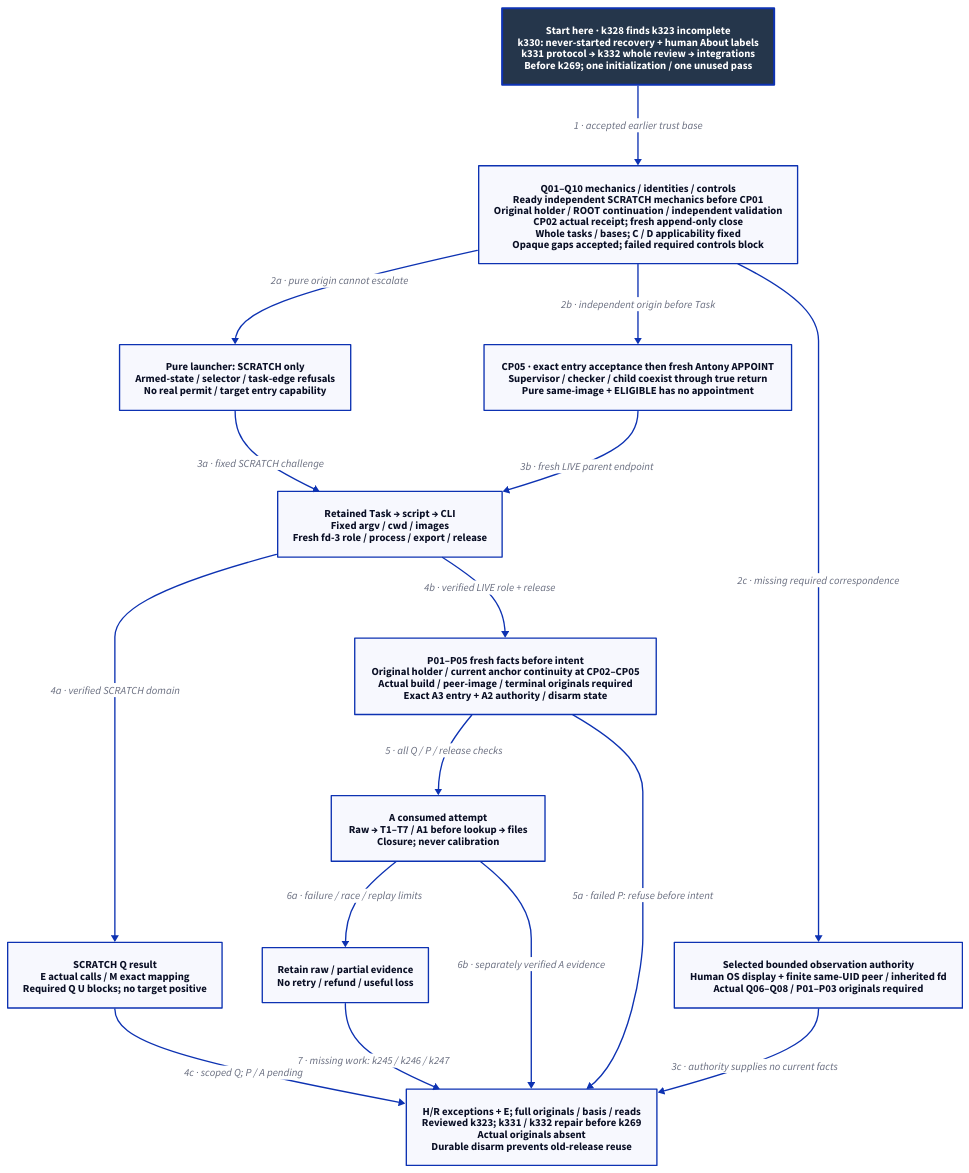
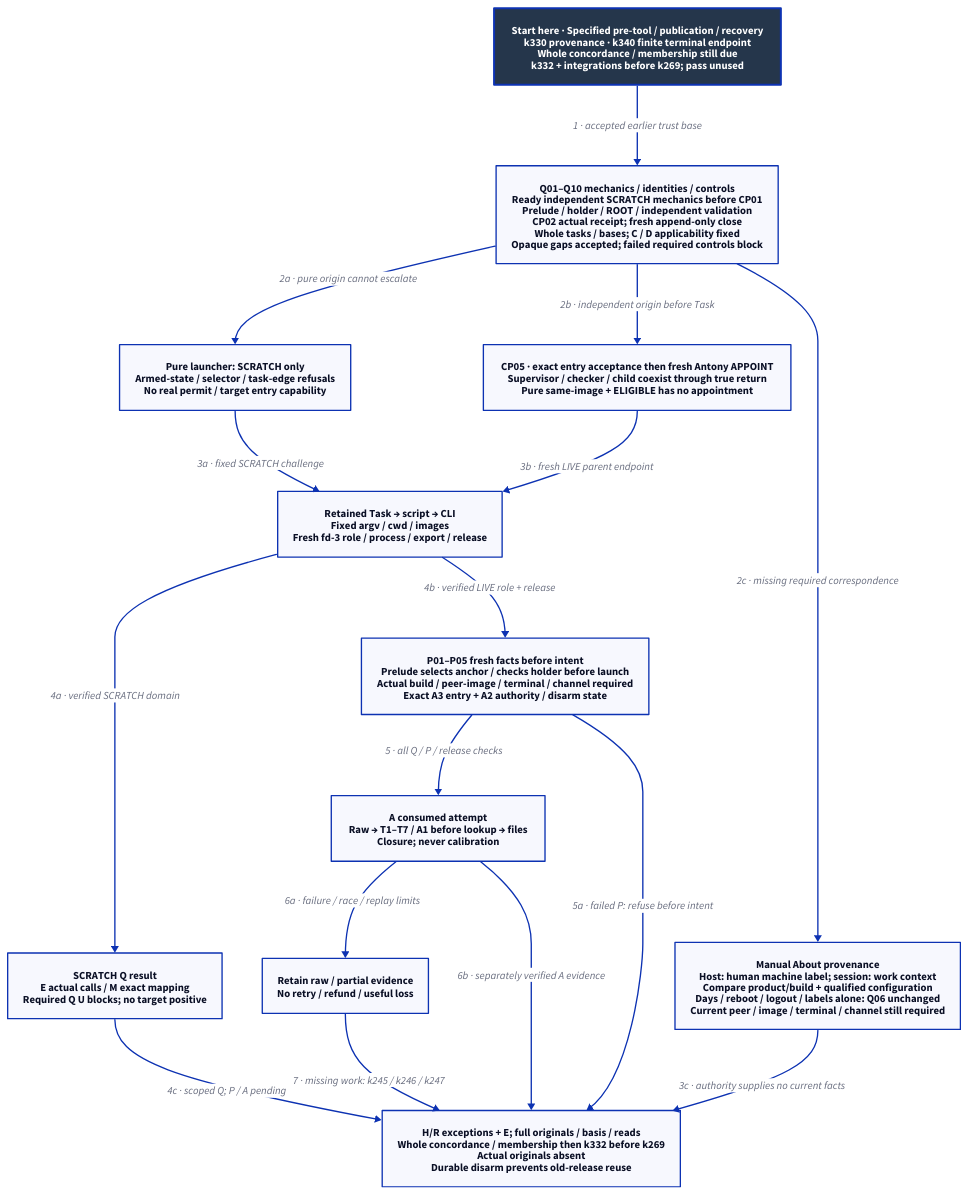
The diagram in docs/design/architecture/native-reference-packaging.d2 (Linkuistics/Koine), drawn with D2 before and after one commit. The commit also changed 34 other files, not shown here.

Commit message:
Reconcile reference provenance and current views (reference-evidence-provenance-reconciliation-k342)

```diff
--- a/docs/design/architecture/native-reference-packaging.d2
+++ b/docs/design/architecture/native-reference-packaging.d2
@@ -1,31 +1,31 @@
-# Reviewed k323 proposal; k330/k331/k332 replacement and integrations precede k269.
+# Specified k331 mechanisms; whole concordance/membership and k332 review precede use.
 direction: down
 classes: {
   start: {style: {fill: "#25364B"; font-color: "#FFFFFF"; bold: true; stroke-width: 3}}
 }
-Start: "Start here · k328 finds k323 incomplete\nk330: never-started recovery + human About labels\nk331 protocol → k332 whole review → integrations\nBefore k269; one initialization / one unused pass" {class: start}
-Ready: "Q01–Q10 mechanics / identities / controls\nReady independent SCRATCH mechanics before CP01\nOriginal holder / ROOT continuation / independent validation\nCP02 actual receipt; fresh append-only close\nWhole tasks / bases; C / D applicability fixed\nOpaque gaps accepted; failed required controls block"
+Start: "Start here · Specified pre-tool / publication / recovery\nk330 provenance · k340 finite terminal endpoint\nWhole concordance / membership still due\nk332 + integrations before k269; pass unused" {class: start}
+Ready: "Q01–Q10 mechanics / identities / controls\nReady independent SCRATCH mechanics before CP01\nPrelude / holder / ROOT / independent validation\nCP02 actual receipt; fresh append-only close\nWhole tasks / bases; C / D applicability fixed\nOpaque gaps accepted; failed required controls block"
 Task: "Retained Task → script → CLI\nFixed argv / cwd / images\nFresh fd-3 role / process / export / release"
 Scratch: "Pure launcher: SCRATCH only\nArmed-state / selector / task-edge refusals\nNo real permit / target entry capability"
 Live: "CP05 · exact entry acceptance then fresh Antony APPOINT\nSupervisor / checker / child coexist through true return\nPure same-image + ELIGIBLE has no appointment"
 Proof: "SCRATCH Q result\nE actual calls / M exact mapping\nRequired Q U blocks; no target positive"
-Preflight: "P01–P05 fresh facts before intent\nOriginal holder / current anchor continuity at CP02–CP05\nActual build / peer-image / terminal originals required\nExact A3 entry + A2 authority / disarm state"
+Preflight: "P01–P05 fresh facts before intent\nPrelude selects anchor / checks holder before launch\nActual build / peer-image / terminal / channel required\nExact A3 entry + A2 authority / disarm state"
 Attempt: "A consumed attempt\nRaw → T1–T7 / A1 before lookup → files\nClosure; never calibration"
 Failure: "Retain raw / partial evidence\nNo retry / refund / useful loss"
-Route: "Selected bounded observation authority\nHuman OS display + finite same-UID peer / inherited fd\nActual Q06–Q08 / P01–P03 originals required"
-Final: "H/R exceptions + E; full originals / basis / reads\nReviewed k323; k331 / k332 repair before k269\nActual originals absent\nDurable disarm prevents old-release reuse"
+Route: "Manual About provenance\nHost: human machine label; session: work context\nCompare product/build + qualified configuration\nDays / reboot / logout / labels alone: Q06 unchanged\nCurrent peer / image / terminal / channel still required"
+Final: "H/R exceptions + E; full originals / basis / reads\nWhole concordance / membership then k332 before k269\nActual originals absent\nDurable disarm prevents old-release reuse"
 Start -> Ready: "1 · accepted earlier trust base"
 Ready -> Scratch: "2a · pure origin cannot escalate"
 Ready -> Live: "2b · independent origin before Task"
 Scratch -> Task: "3a · fixed SCRATCH challenge"
 Live -> Task: "3b · fresh LIVE parent endpoint"
 Task -> Proof: "4a · verified SCRATCH domain"
 Proof -> Final: "4c · scoped Q; P / A pending"
 Task -> Preflight: "4b · verified LIVE role + release"
 Preflight -> Attempt: "5 · all Q / P / release checks"
 Preflight -> Final: "5a · failed P: refuse before intent"
 Ready -> Route: "2c · missing required correspondence"
 Route -> Final: "3c · authority supplies no current facts"
 Attempt -> Failure: "6a · failure / race / replay limits"
 Attempt -> Final: "6b · separately verified A evidence"
 Failure -> Final: "7 · missing work: k245 / k246 / k247"
```
